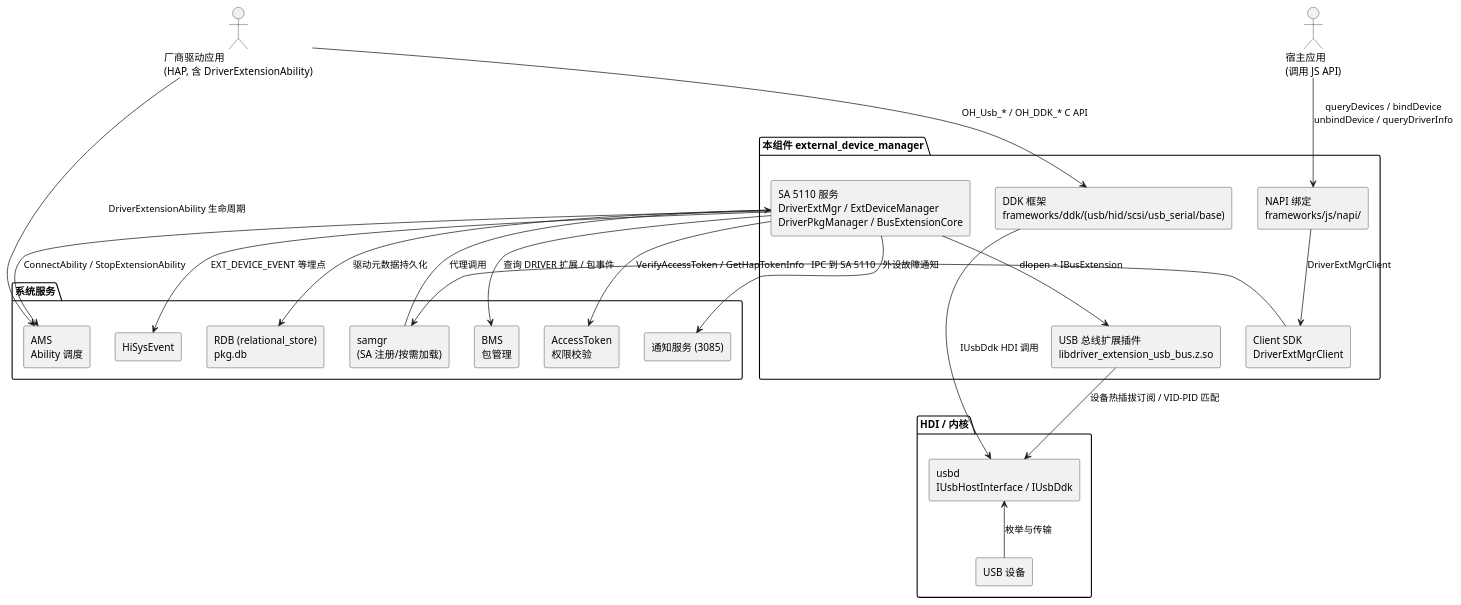
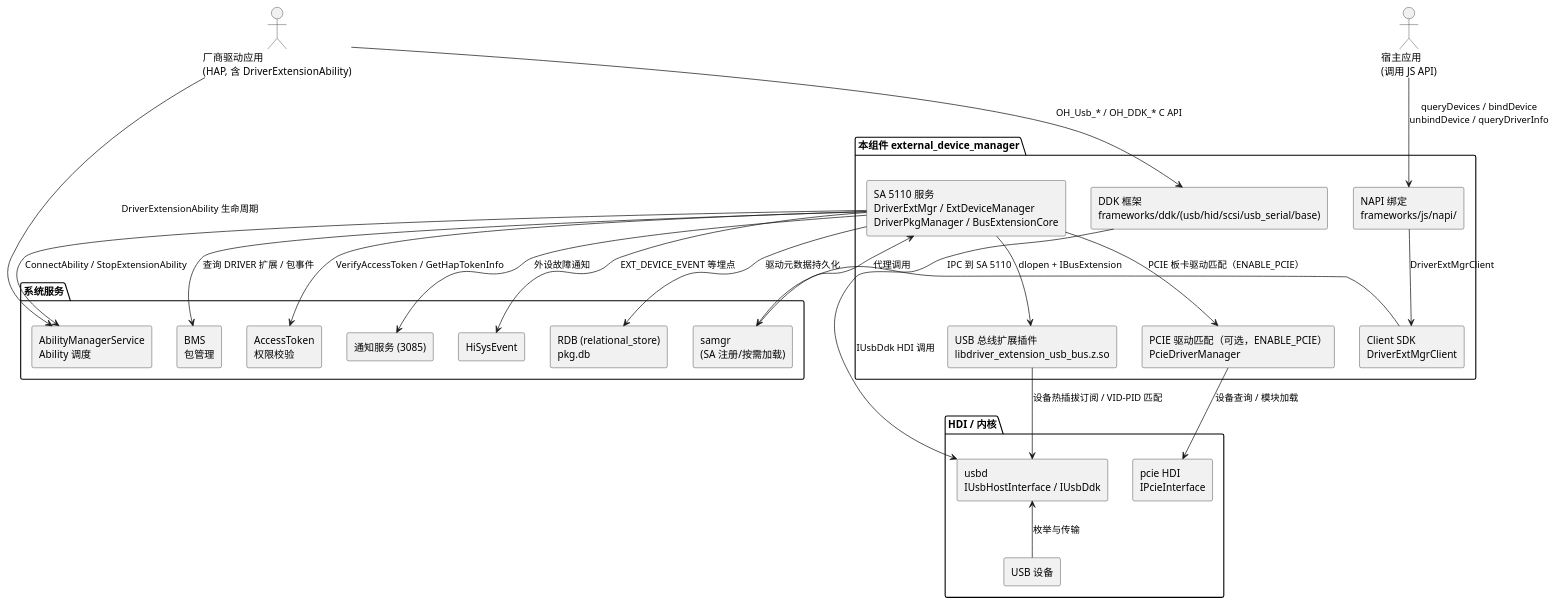
The diagram in docs/knowledge/business-context.md (eclipse-oniro-mirrors/drivers_external_device_manager), drawn with PlantUML before and after one commit. The commit also changed other lines of this file and 7 other files, not shown here.

````diff
--- a/docs/knowledge/business-context.md
+++ b/docs/knowledge/business-context.md
@@ -30,47 +31,51 @@
 ```plantuml
 @startuml
 skinparam componentStyle rectangle
 actor "厂商驱动应用\n(HAP, 含 DriverExtensionAbility)" as DriverApp
 actor "宿主应用\n(调用 JS API)" as HostApp
 
 package "本组件 external_device_manager" {
   component "NAPI 绑定\nframeworks/js/napi/" as Napi
   component "Client SDK\nDriverExtMgrClient" as Client
   component "SA 5110 服务\nDriverExtMgr / ExtDeviceManager\nDriverPkgManager / BusExtensionCore" as SA
   component "USB 总线扩展插件\nlibdriver_extension_usb_bus.z.so" as UsbExt
+  component "PCIE 驱动匹配（可选，ENABLE_PCIE）\nPcieDriverManager" as Pcie
   component "DDK 框架\nframeworks/ddk/(usb/hid/scsi/usb_serial/base)" as Ddk
 }
 
 package "系统服务" {
   component "samgr\n(SA 注册/按需加载)" as Samgr
   component "BMS\n包管理" as BMS
-  component "AMS\nAbility 调度" as AMS
+  component "AbilityManagerService\nAbility 调度" as AbilityManagerService
   component "AccessToken\n权限校验" as AT
   component "通知服务 (3085)" as Notif
   component "HiSysEvent" as DFX
   component "RDB (relational_store)\npkg.db" as RDB
 }
 
 package "HDI / 内核" {
   component "usbd\nIUsbHostInterface / IUsbDdk" as Usbd
+  component "pcie HDI\nIPcieInterface" as PcieHdi
   component "USB 设备" as Dev
 }
 
 HostApp --> Napi : queryDevices / bindDevice\nunbindDevice / queryDriverInfo
 Napi --> Client : DriverExtMgrClient
 Client --> Samgr : IPC 到 SA 5110
 Samgr --> SA : 代理调用
 SA --> BMS : 查询 DRIVER 扩展 / 包事件
-SA --> AMS : ConnectAbility / StopExtensionAbility
+SA --> AbilityManagerService : ConnectAbility / StopExtensionAbility
 SA --> AT : VerifyAccessToken / GetHapTokenInfo
 SA --> RDB : 驱动元数据持久化
 SA --> UsbExt : dlopen + IBusExtension
+SA --> Pcie : PCIE 板卡驱动匹配（ENABLE_PCIE）
+Pcie --> PcieHdi : 设备查询 / 模块加载
 SA --> DFX : EXT_DEVICE_EVENT 等埋点
 SA --> Notif : 外设故障通知
 UsbExt --> Usbd : 设备热插拔订阅 / VID-PID 匹配
-DriverApp --> AMS : DriverExtensionAbility 生命周期
+DriverApp --> AbilityManagerService : DriverExtensionAbility 生命周期
 DriverApp --> Ddk : OH_Usb_* / OH_DDK_* C API
 Ddk --> Usbd : IUsbDdk HDI 调用
 Usbd <-- Dev : 枚举与传输
 @enduml
 ```
````
